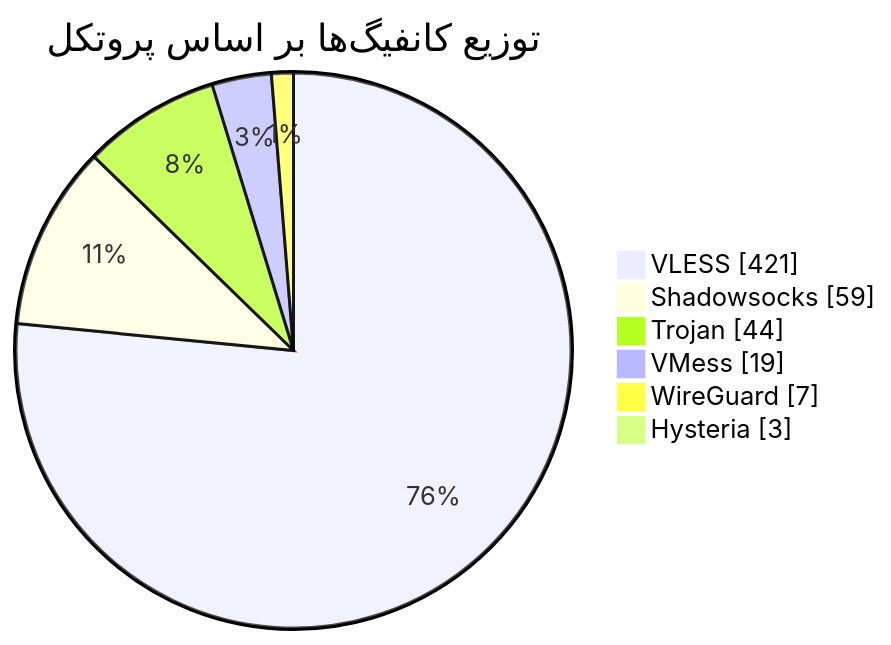
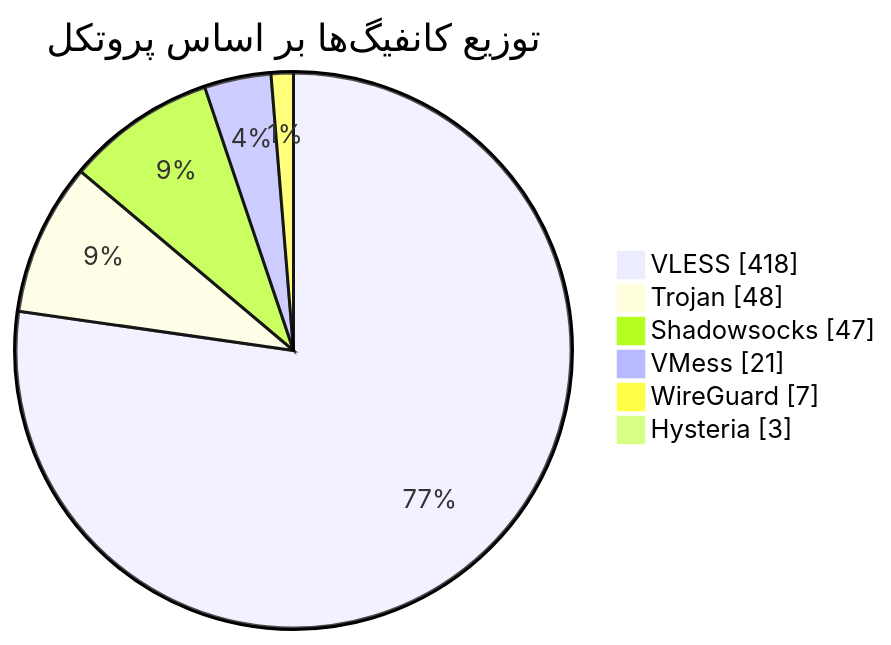
Before and after one commit to Arian-Alijani/Somthing: the diagram in README.md, drawn with Mermaid. The commit also changed other lines of this file and 75 other files, not shown here.

````diff
--- a/README.md
+++ b/README.md
@@ -48,10 +48,10 @@
 ```mermaid
 pie showData
     title توزیع کانفیگ‌ها بر اساس پروتکل
-    "VLESS" : 421
-    "Shadowsocks" : 59
-    "Trojan" : 44
-    "VMess" : 19
+    "VLESS" : 418
+    "Trojan" : 48
+    "Shadowsocks" : 47
+    "VMess" : 21
     "WireGuard" : 7
     "Hysteria" : 3
 ```
````
